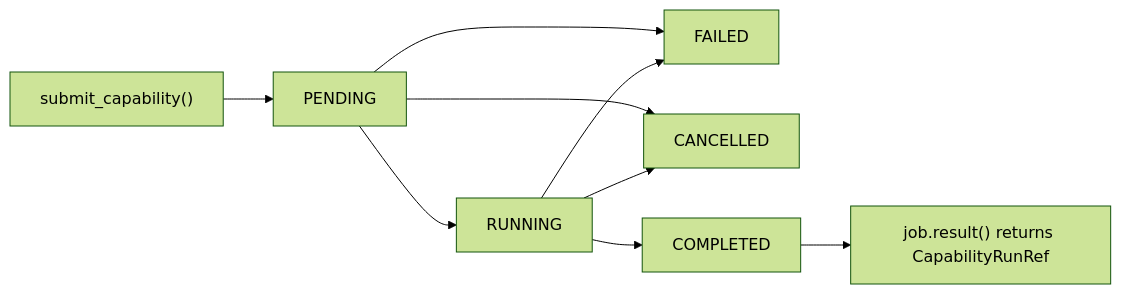
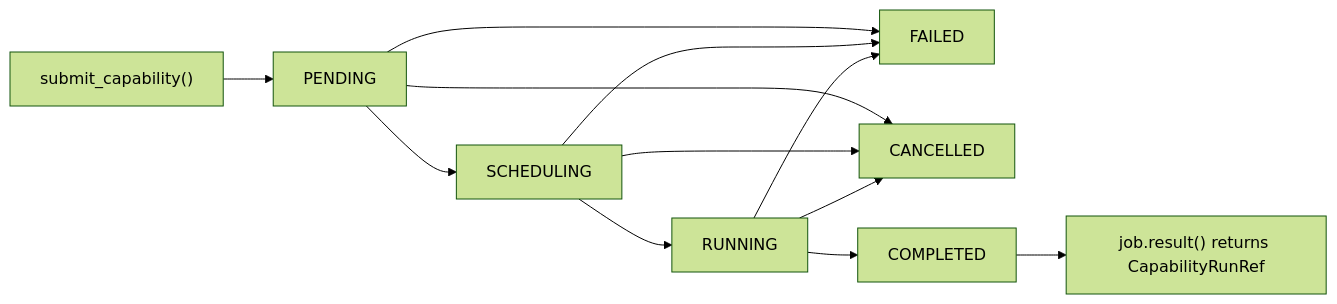
One commit to openteams-ai/checkmaite changed the diagram in docs/development/job_submission/protocol.md. Above: the diagram before and after it, drawn with Mermaid (forest theme). The commit also changed other lines of this file and 20 other files, not shown here.

````diff
--- a/docs/development/job_submission/protocol.md
+++ b/docs/development/job_submission/protocol.md
@@ -96,11 +97,14 @@
 ```mermaid
 flowchart LR
     submit["submit_capability()"] --> pending["PENDING"]
-    pending --> running["RUNNING"]
+    pending --> scheduling["SCHEDULING"]
     pending --> failed["FAILED"]
     pending --> cancelled["CANCELLED"]
+    scheduling --> running["RUNNING"]
+    scheduling --> failed
+    scheduling --> cancelled
     running --> completed["COMPLETED"]
     running --> failed
     running --> cancelled
     completed --> result["job.result() returns CapabilityRunRef"]
 ```
````
